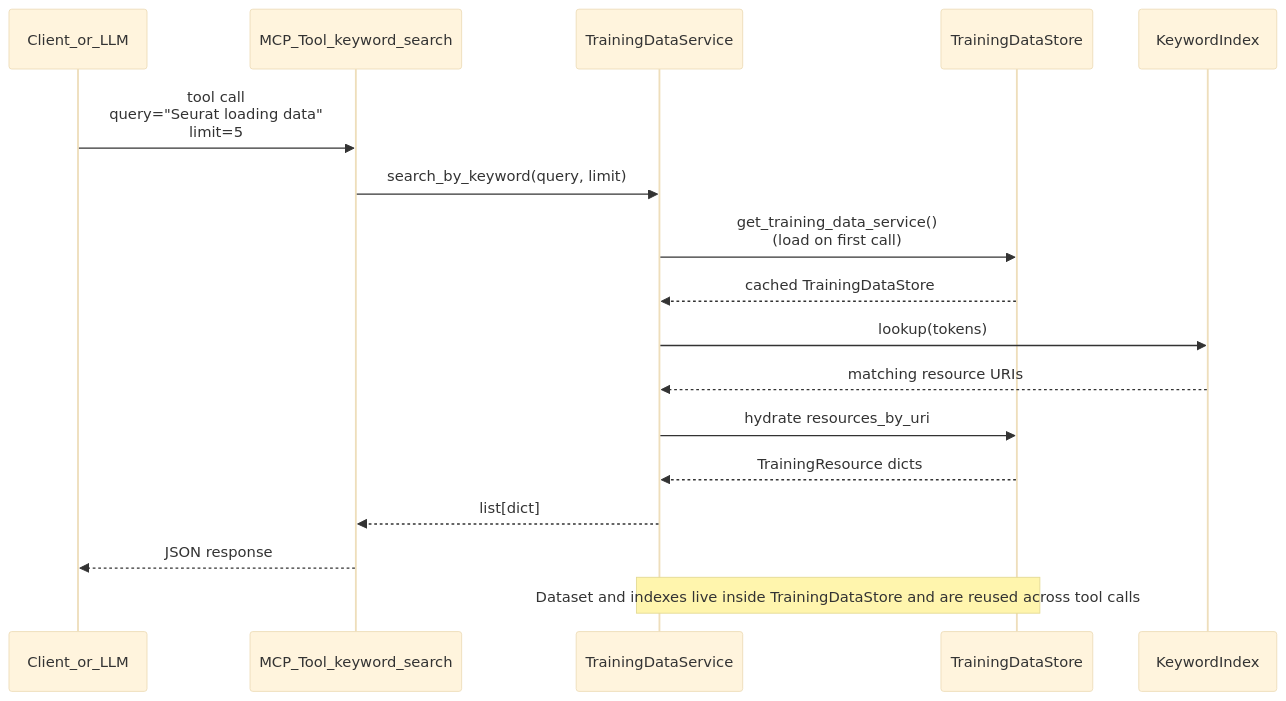
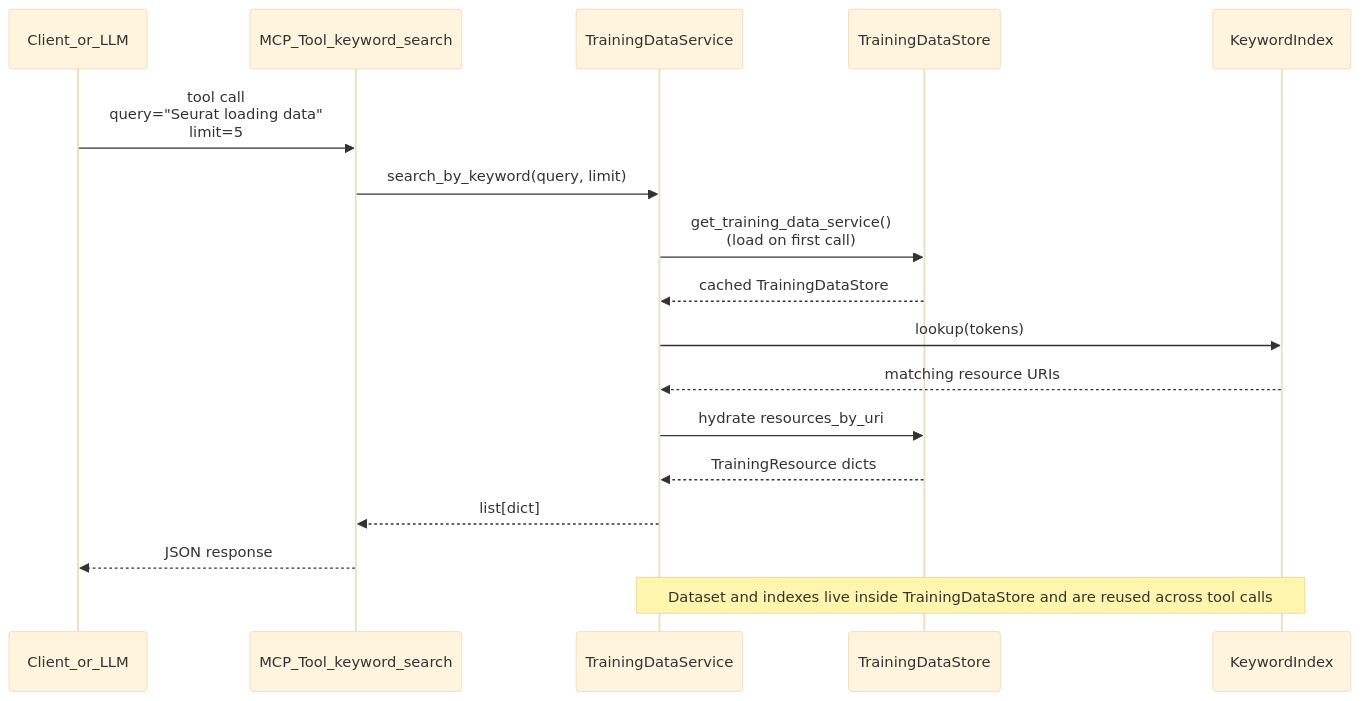
The diagram in docs/diagrams/mcp-request-lifecycle.mmd (elixir-europe-training/ELIXIR-TrP-KG-training-metadata), drawn with Mermaid (base theme) before and after one commit.

```diff
--- a/docs/diagrams/mcp-request-lifecycle.mmd
+++ b/docs/diagrams/mcp-request-lifecycle.mmd
@@ -1,18 +1,18 @@
 sequenceDiagram
     participant C as Client_or_LLM
     participant MCP as MCP_Tool_keyword_search
     participant Service as TrainingDataService
     participant Store as TrainingDataStore
     participant Index as KeywordIndex
 
     C->>MCP: tool call<br/>query="Seurat loading data"<br/>limit=5
     MCP->>Service: search_by_keyword(query, limit)
     Service->>Store: get_training_data_service()<br/>(load on first call)
     Store-->>Service: cached TrainingDataStore
     Service->>Index: lookup(tokens)
     Index-->>Service: matching resource URIs
     Service->>Store: hydrate resources_by_uri
     Store-->>Service: TrainingResource dicts
     Service-->>MCP: list[dict]
     MCP-->>C: JSON response
-    Note over Service,Store: Dataset and indexes live inside TrainingDataStore and are reused across tool calls
+    Note over Service, Index: Dataset and indexes live inside TrainingDataStore and are reused across tool calls
```
